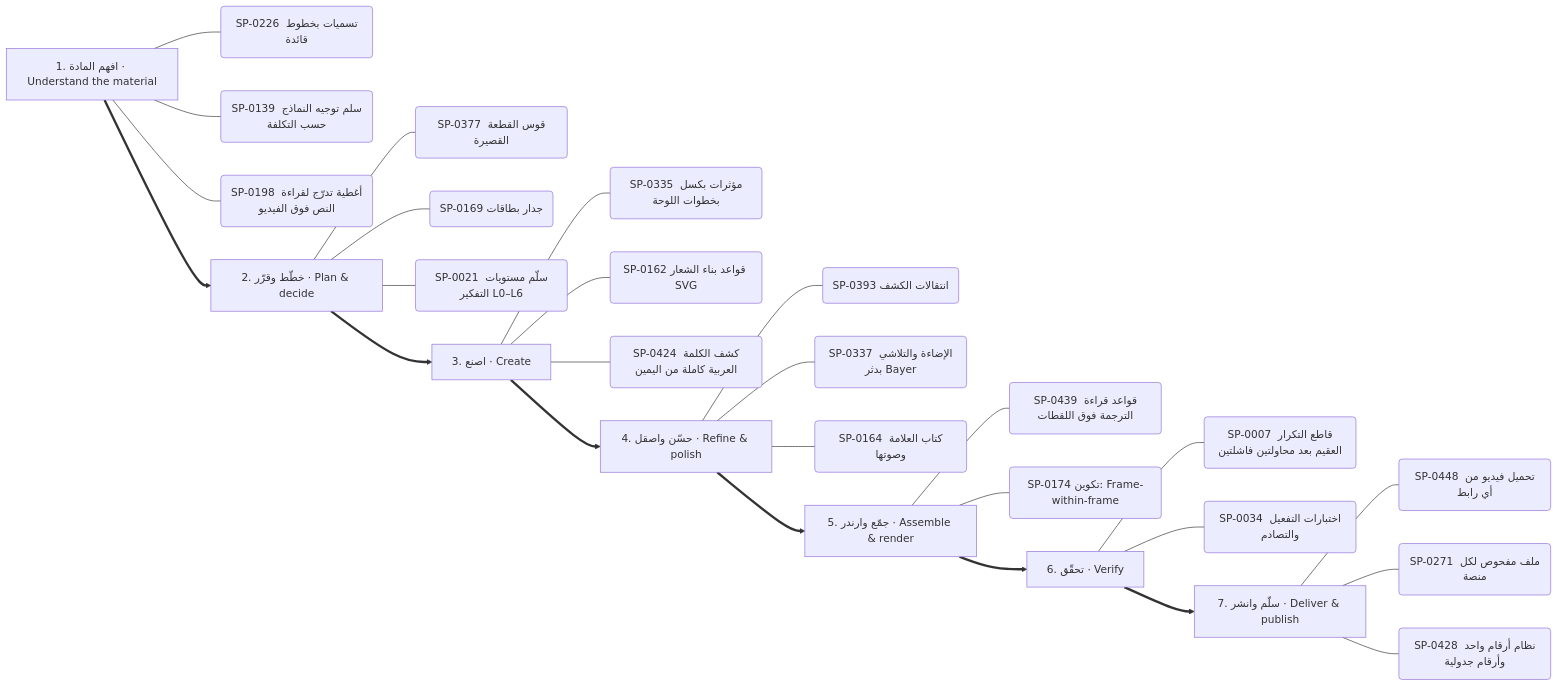
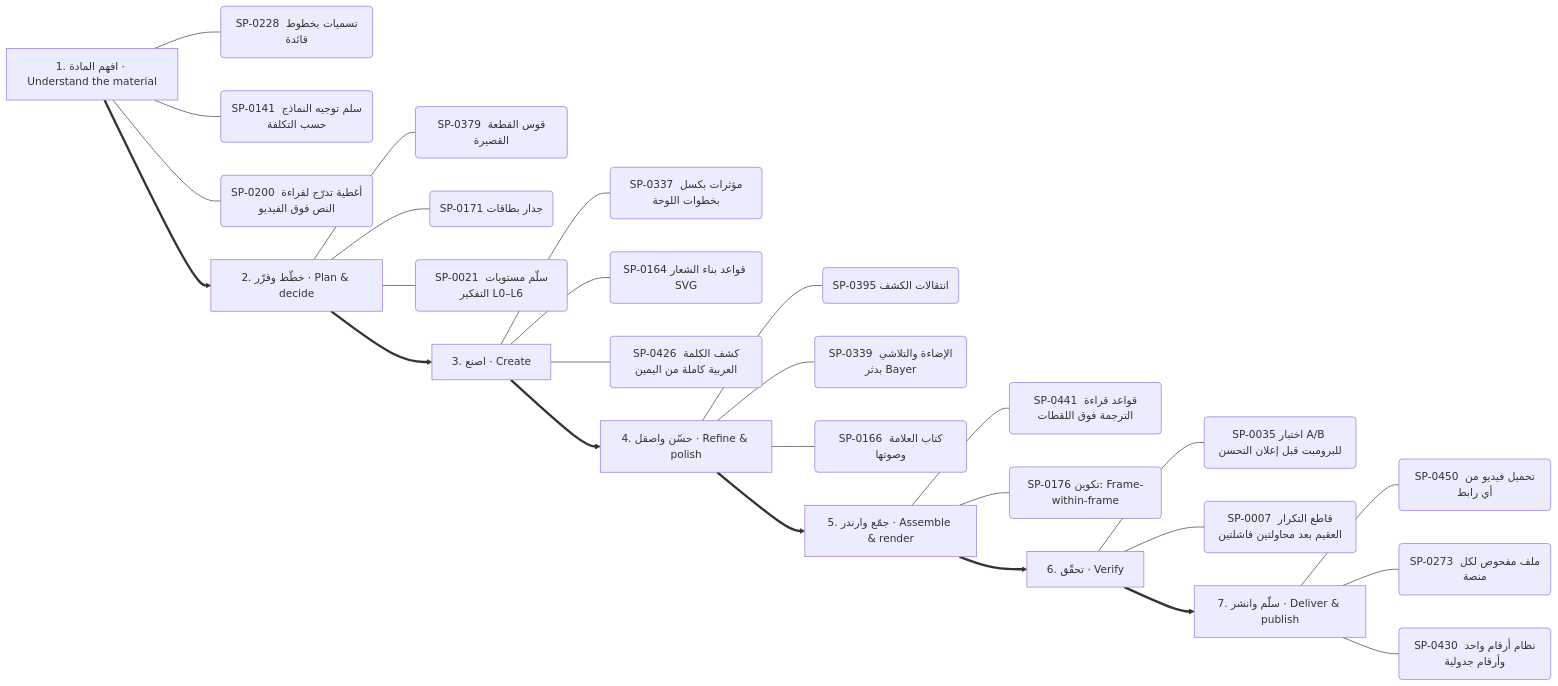
The sixth of 13 diagrams in .claude/skills/kosif-superpowers/references/capability-mindmap.md (kosif199022-jpg/kosif-tool), drawn with Mermaid before and after one commit. The commit also changed other lines of this file and 65 other files, not shown here.

````diff
--- a/.claude/skills/kosif-superpowers/references/capability-mindmap.md
+++ b/.claude/skills/kosif-superpowers/references/capability-mindmap.md
@@ -313,35 +313,35 @@
 ```mermaid
 flowchart LR
   S0["1. افهم المادة · Understand the material"]
-  S0 --- S0_0("SP-0226 تسميات بخطوط قائدة")
-  S0 --- S0_1("SP-0139 سلم توجيه النماذج حسب التكلفة")
-  S0 --- S0_2("SP-0198 أغطية تدرّج لقراءة النص فوق الفيديو")
+  S0 --- S0_0("SP-0228 تسميات بخطوط قائدة")
+  S0 --- S0_1("SP-0141 سلم توجيه النماذج حسب التكلفة")
+  S0 --- S0_2("SP-0200 أغطية تدرّج لقراءة النص فوق الفيديو")
   S1["2. خطّط وقرّر · Plan & decide"]
-  S1 --- S1_0("SP-0377 قوس القطعة القصيرة")
-  S1 --- S1_1("SP-0169 جدار بطاقات")
+  S1 --- S1_0("SP-0379 قوس القطعة القصيرة")
+  S1 --- S1_1("SP-0171 جدار بطاقات")
   S1 --- S1_2("SP-0021 سلّم مستويات التفكير L0–L6")
   S0 ==> S1
   S2["3. اصنع · Create"]
-  S2 --- S2_0("SP-0335 مؤثرات بكسل بخطوات اللوحة")
-  S2 --- S2_1("SP-0162 قواعد بناء الشعار SVG")
-  S2 --- S2_2("SP-0424 كشف الكلمة العربية كاملة من اليمين")
+  S2 --- S2_0("SP-0337 مؤثرات بكسل بخطوات اللوحة")
+  S2 --- S2_1("SP-0164 قواعد بناء الشعار SVG")
+  S2 --- S2_2("SP-0426 كشف الكلمة العربية كاملة من اليمين")
   S1 ==> S2
   S3["4. حسّن واصقل · Refine & polish"]
-  S3 --- S3_0("SP-0393 انتقالات الكشف")
-  S3 --- S3_1("SP-0337 الإضاءة والتلاشي بدثر Bayer")
-  S3 --- S3_2("SP-0164 كتاب العلامة وصوتها")
+  S3 --- S3_0("SP-0395 انتقالات الكشف")
+  S3 --- S3_1("SP-0339 الإضاءة والتلاشي بدثر Bayer")
+  S3 --- S3_2("SP-0166 كتاب العلامة وصوتها")
   S2 ==> S3
   S4["5. جمّع وارندر · Assemble & render"]
-  S4 --- S4_0("SP-0439 قواعد قراءة الترجمة فوق اللقطات")
-  S4 --- S4_1("SP-0174 تكوين: Frame-within-frame")
+  S4 --- S4_0("SP-0441 قواعد قراءة الترجمة فوق اللقطات")
+  S4 --- S4_1("SP-0176 تكوين: Frame-within-frame")
   S3 ==> S4
   S5["6. تحقّق · Verify"]
-  S5 --- S5_0("SP-0007 قاطع التكرار العقيم بعد محاولتين فاشلتين")
-  S5 --- S5_1("SP-0034 اختبارات التفعيل والتصادم")
+  S5 --- S5_0("SP-0035 اختبار A/B للبرومبت قبل إعلان التحسن")
+  S5 --- S5_1("SP-0007 قاطع التكرار العقيم بعد محاولتين فاشلتين")
   S4 ==> S5
   S6["7. سلّم وانشر · Deliver & publish"]
-  S6 --- S6_0("SP-0448 تحميل فيديو من أي رابط")
-  S6 --- S6_1("SP-0271 ملف مفحوص لكل منصة")
-  S6 --- S6_2("SP-0428 نظام أرقام واحد وأرقام جدولية")
+  S6 --- S6_0("SP-0450 تحميل فيديو من أي رابط")
+  S6 --- S6_1("SP-0273 ملف مفحوص لكل منصة")
+  S6 --- S6_2("SP-0430 نظام أرقام واحد وأرقام جدولية")
   S5 ==> S6
 ```
````
